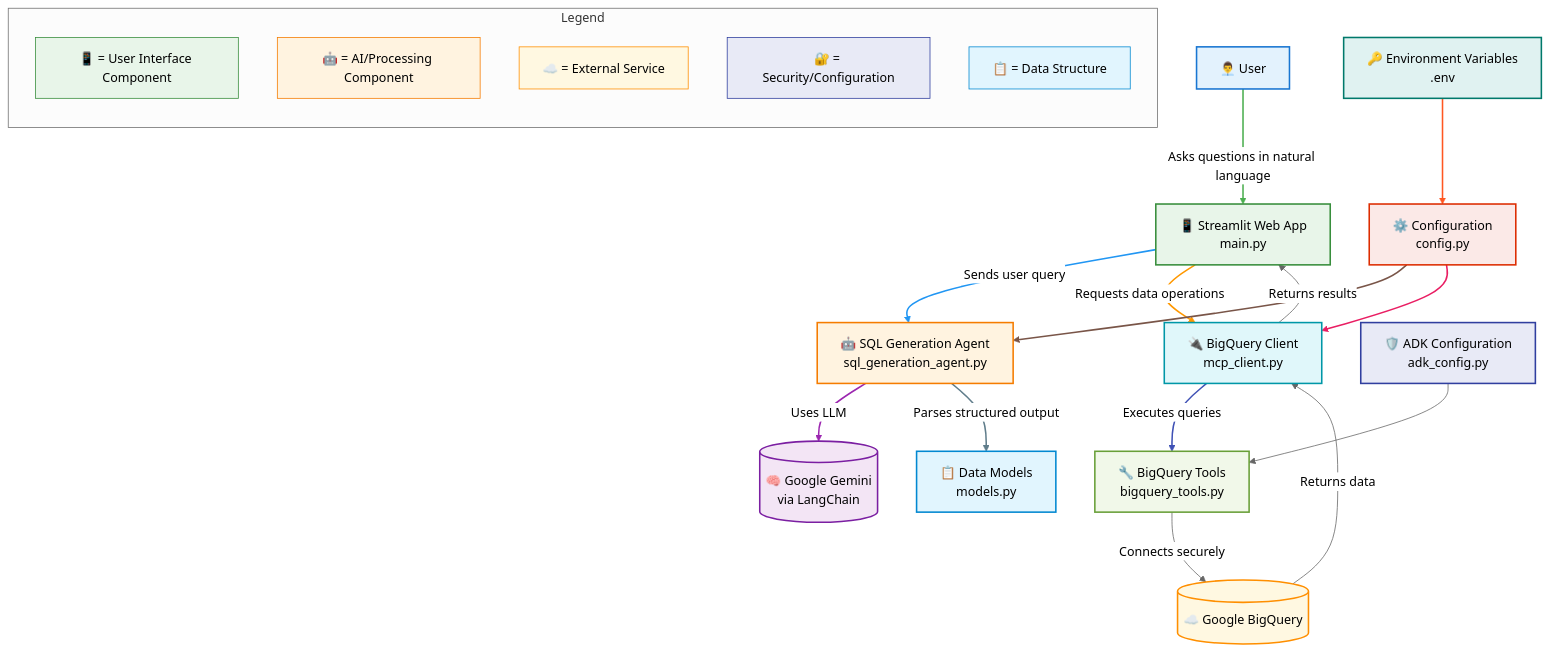
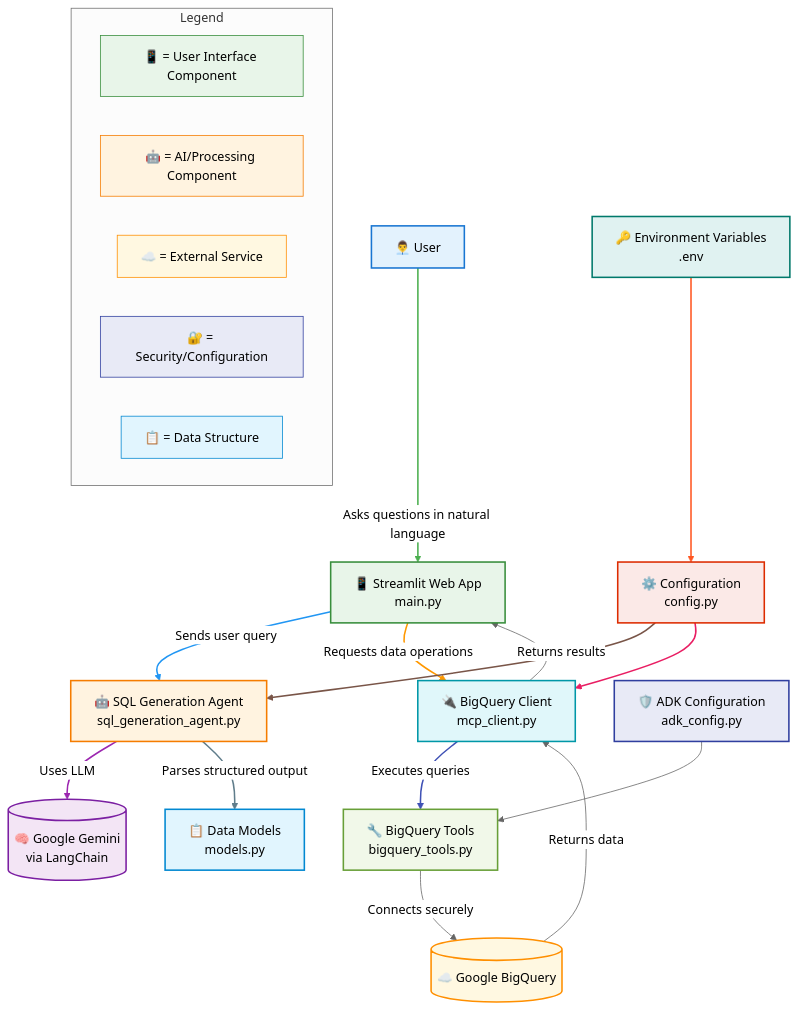
The diagram in README.md (thepowrhouse/bigquery-sql-generator), drawn with Mermaid (neutral theme) before and after one commit.

Commit message:
Update system design diagram legend to vertical orientation

````diff
--- a/README.md
+++ b/README.md
@@ -15,66 +15,67 @@
 ```mermaid
 graph TD
     %% User Interface Layer %%
     User[👨‍💼 User] --> |Asks questions in natural language| WebApp[📱 Streamlit Web App<br/>main.py]
     
     %% Application Layer %%
     WebApp --> |Sends user query| SQLAgent[🤖 SQL Generation Agent<br/>sql_generation_agent.py]
     WebApp --> |Requests data operations| DBClient[🔌 BigQuery Client<br/>mcp_client.py]
     
     %% AI Processing %%
     SQLAgent --> |Uses LLM| Gemini[(🧠 Google Gemini<br/>via LangChain)]
     SQLAgent --> |Parses structured output| Models[📋 Data Models<br/>models.py]
     
     %% Configuration %%
     Config[⚙️ Configuration<br/>config.py] --> SQLAgent
     Config --> DBClient
     EnvVars[🔑 Environment Variables<br/>.env] --> Config
     
     %% Database Layer %%
     DBClient --> |Executes queries| BQTools[🔧 BigQuery Tools<br/>bigquery_tools.py]
     BQTools --> |Connects securely| BigQuery[(☁️ Google BigQuery)]
     
     %% Security & Configuration %%
     ADKConfig[🛡️ ADK Configuration<br/>adk_config.py] --> BQTools
     BigQuery --> |Returns data| DBClient
     DBClient --> |Returns results| WebApp
     
     %% Data Flow Annotations %%
     linkStyle 0 stroke:#4CAF50,stroke-width:2px
     linkStyle 1 stroke:#2196F3,stroke-width:2px
     linkStyle 2 stroke:#FF9800,stroke-width:2px
     linkStyle 3 stroke:#9C27B0,stroke-width:2px
     linkStyle 4 stroke:#607D8B,stroke-width:2px
     linkStyle 5 stroke:#795548,stroke-width:2px
     linkStyle 6 stroke:#E91E63,stroke-width:2px
     linkStyle 7 stroke:#FF5722,stroke-width:2px
     linkStyle 8 stroke:#3F51B5,stroke-width:2px
     
     %% Component Styling %%
     style User fill:#E3F2FD,stroke:#1976D2,stroke-width:2px
     style WebApp fill:#E8F5E9,stroke:#388E3C,stroke-width:2px
     style SQLAgent fill:#FFF3E0,stroke:#F57C00,stroke-width:2px
     style Gemini fill:#F3E5F5,stroke:#7B1FA2,stroke-width:2px
     style Models fill:#E1F5FE,stroke:#0288D1,stroke-width:2px
     style Config fill:#FBE9E7,stroke:#DD2C00,stroke-width:2px
     style EnvVars fill:#E0F2F1,stroke:#00796B,stroke-width:2px
     style DBClient fill:#E0F7FA,stroke:#0097A7,stroke-width:2px
     style BQTools fill:#F1F8E9,stroke:#689F38,stroke-width:2px
     style BigQuery fill:#FFF8E1,stroke:#FF8F00,stroke-width:2px
     style ADKConfig fill:#E8EAF6,stroke:#303F9F,stroke-width:2px
     
     %% Legend %%
     subgraph Legend[Legend]
-        direction TB
+        direction LR
         L1[📱 = User Interface Component]
         L2[🤖 = AI/Processing Component]
         L3[☁️ = External Service]
         L4[🔐 = Security/Configuration]
         L5[📋 = Data Structure]
-        style L1 fill:#E8F5E9,stroke:#388E3C,stroke-width:1px
-        style L2 fill:#FFF3E0,stroke:#F57C00,stroke-width:1px
-        style L3 fill:#FFF8E1,stroke:#FF8F00,stroke-width:1px
-        style L4 fill:#E8EAF6,stroke:#303F9F,stroke-width:1px
-        style L5 fill:#E1F5FE,stroke:#0288D1,stroke-width:1px
     end
+    
+    style L1 fill:#E8F5E9,stroke:#388E3C,stroke-width:1px
+    style L2 fill:#FFF3E0,stroke:#F57C00,stroke-width:1px
+    style L3 fill:#FFF8E1,stroke:#FF8F00,stroke-width:1px
+    style L4 fill:#E8EAF6,stroke:#303F9F,stroke-width:1px
+    style L5 fill:#E1F5FE,stroke:#0288D1,stroke-width:1px
 ```
````
